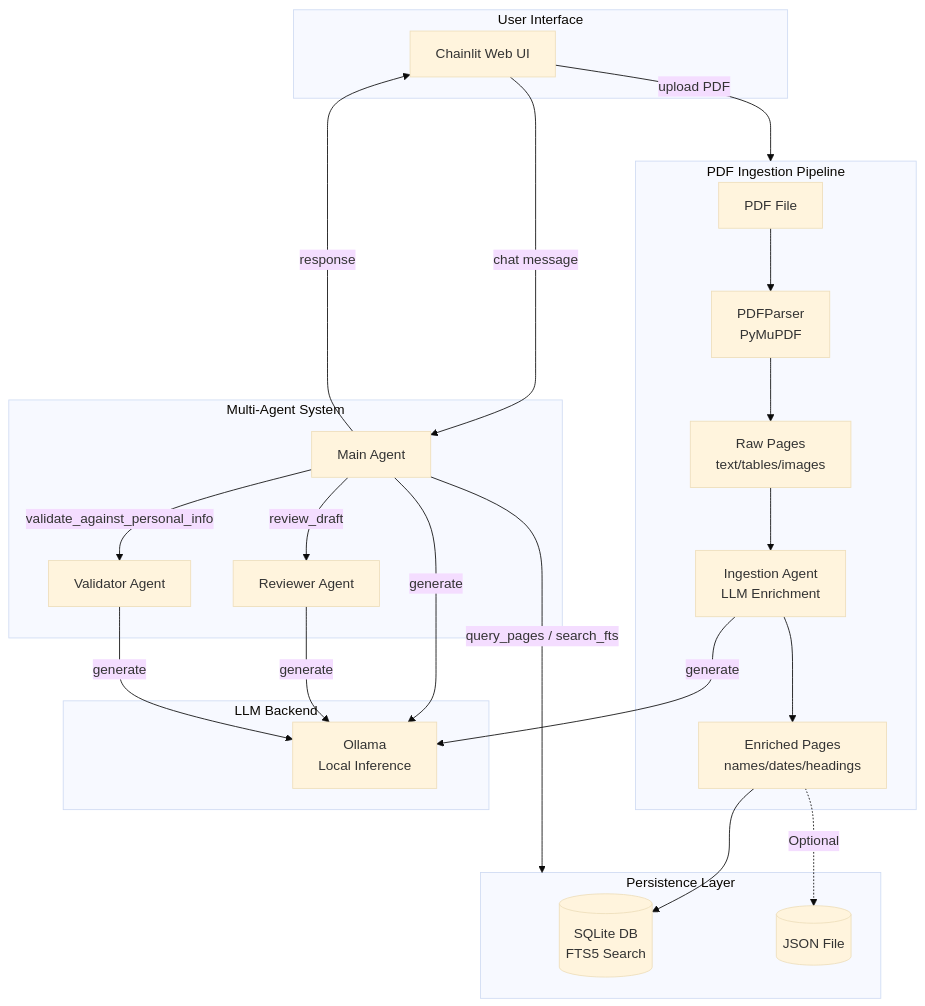
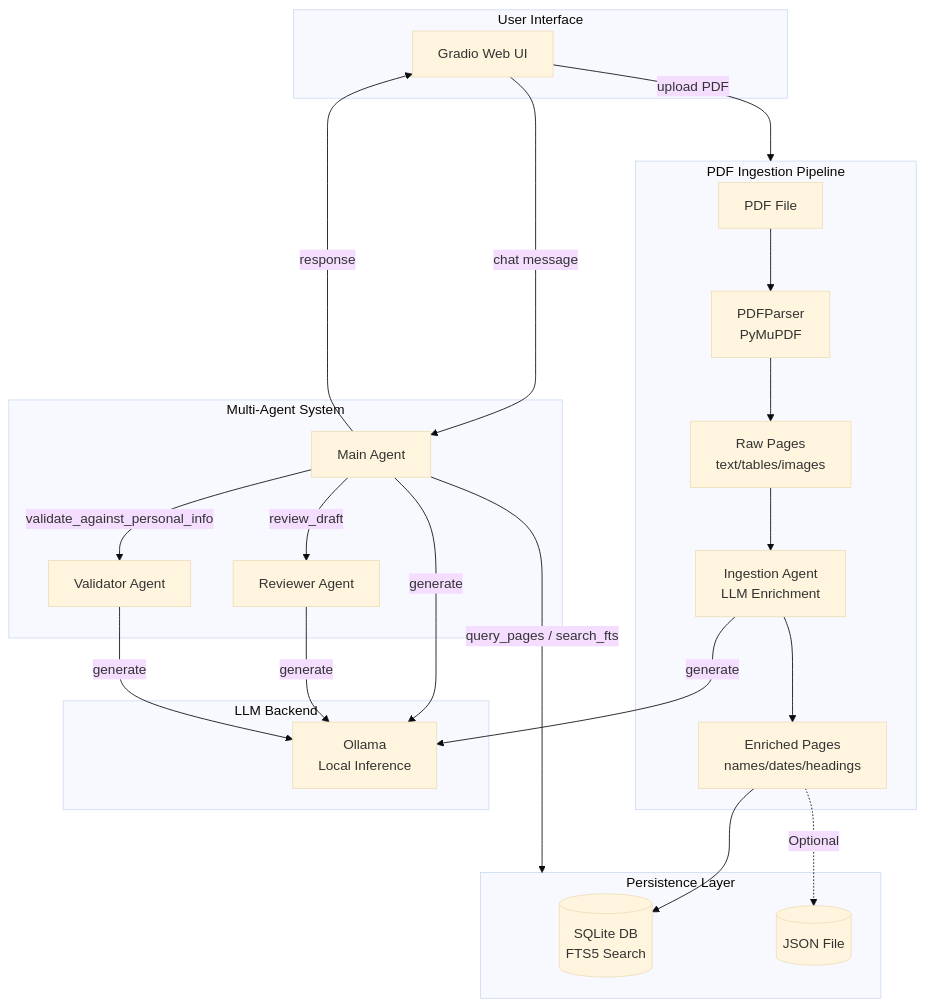
One commit to dallal9/Doc2Agent changed the diagram in README.md. Above: the diagram before and after it, drawn with Mermaid (base theme). The commit also changed other lines of this file and 33 other files, not shown here.

Commit message:
feat/switch to gradio and drop chainlit

````diff
--- a/README.md
+++ b/README.md
@@ -112,39 +114,39 @@
 ```mermaid
 flowchart TB
     subgraph UI[User Interface]
-        CL[Chainlit Web UI]
+        GR[Gradio Web UI]
     end
 
     subgraph Ingestion[PDF Ingestion Pipeline]
         PDF[PDF File] --> Parser[PDFParser<br/>PyMuPDF]
         Parser --> RawPages[Raw Pages<br/>text/tables/images]
         RawPages --> IngAgent[Ingestion Agent<br/>LLM Enrichment]
         IngAgent --> EnrichedPages[Enriched Pages<br/>names/dates/headings]
     end
 
     subgraph Storage[Persistence Layer]
         EnrichedPages --> SQLite[(SQLite DB<br/>FTS5 Search)]
         EnrichedPages -.->|Optional| JSON[(JSON File)]
     end
 
     subgraph Agents[Multi-Agent System]
         Main[Main Agent]
         Reviewer[Reviewer Agent]
         Validator[Validator Agent]
         Main -->|review_draft| Reviewer
         Main -->|validate_against_personal_info| Validator
     end
 
     subgraph LLM[LLM Backend]
         Ollama[Ollama<br/>Local Inference]
     end
 
-    CL -->|upload PDF| Ingestion
-    CL -->|chat message| Main
+    GR -->|upload PDF| Ingestion
+    GR -->|chat message| Main
     Main -->|query_pages / search_fts| Storage
     Main -->|generate| Ollama
     Reviewer -->|generate| Ollama
     Validator -->|generate| Ollama
     IngAgent -->|generate| Ollama
-    Main -->|response| CL
+    Main -->|response| GR
 ```
````
